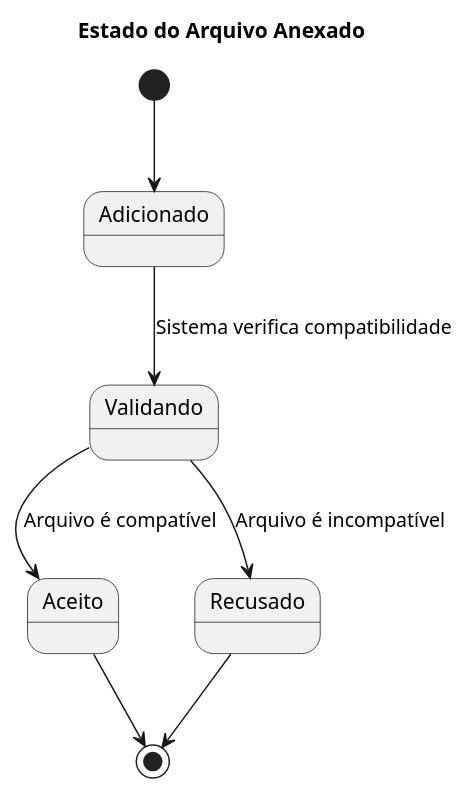
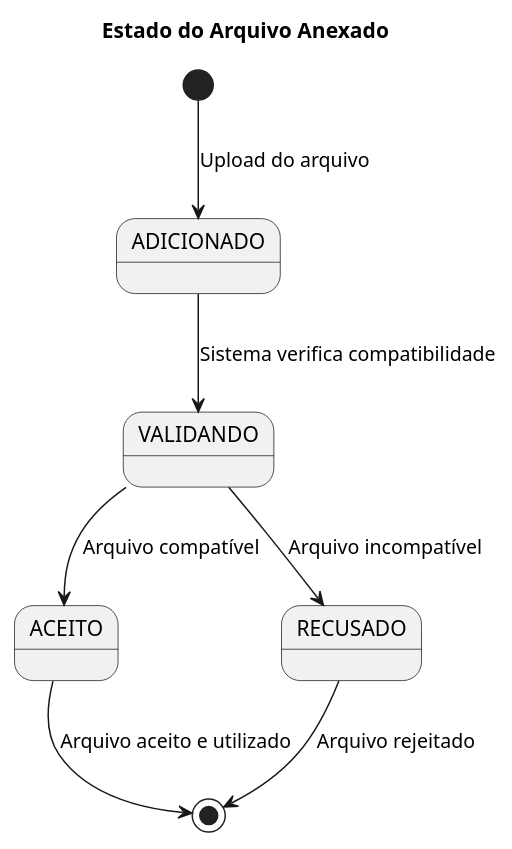
The diagram in modelos/DE_arquivo.puml (rafa-alves6/Reclama.se-AOO), drawn with PlantUML before and after one commit.

```diff
--- a/modelos/DE_arquivo.puml
+++ b/modelos/DE_arquivo.puml
@@ -1,11 +1,13 @@
 @startuml
 title Estado do Arquivo Anexado
 
-[*] --> Adicionado
-Adicionado --> Validando : Sistema verifica compatibilidade
-Validando --> Aceito : Arquivo é compatível
-Validando --> Recusado : Arquivo é incompatível
-Aceito --> [*]
-Recusado --> [*]
+[*] --> ADICIONADO : Upload do arquivo
+
+ADICIONADO --> VALIDANDO : Sistema verifica compatibilidade
+VALIDANDO --> ACEITO : Arquivo compatível
+VALIDANDO --> RECUSADO : Arquivo incompatível
+
+ACEITO --> [*] : Arquivo aceito e utilizado
+RECUSADO --> [*] : Arquivo rejeitado
 
 @enduml
```
